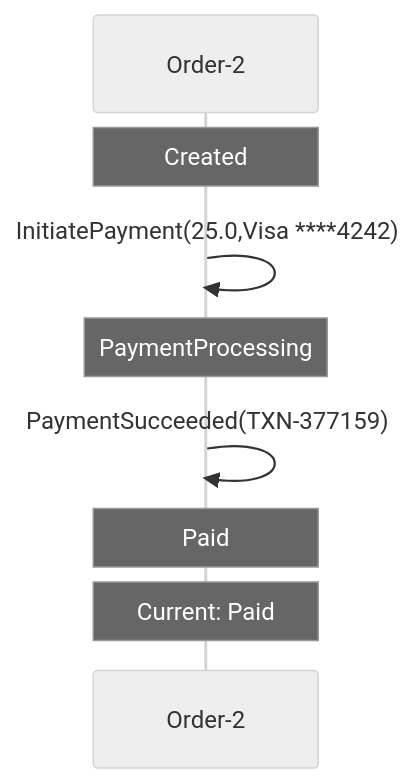
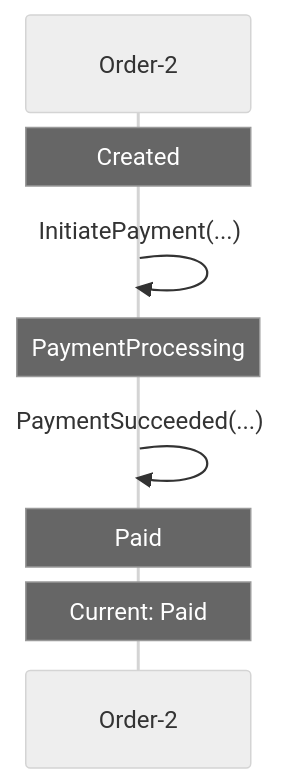
The second of 3 diagrams in docs/visualizations/order-2-trace.md (Iterable/mechanoid), drawn with Mermaid (neutral theme) before and after one commit. The commit also changed other lines of this file and 52 other files, not shown here.

````diff
--- a/docs/visualizations/order-2-trace.md
+++ b/docs/visualizations/order-2-trace.md
@@ -45,10 +45,10 @@
 ```mermaid
 sequenceDiagram
     participant FSM as Order-2
     Note over FSM: Created
-    FSM->>FSM: InitiatePayment(25.0,Visa ****4242)
+    FSM->>FSM: InitiatePayment(...)
     Note over FSM: PaymentProcessing
-    FSM->>FSM: PaymentSucceeded(TXN-377159)
+    FSM->>FSM: PaymentSucceeded(...)
     Note over FSM: Paid
     Note over FSM: Current: Paid
 ```
````
